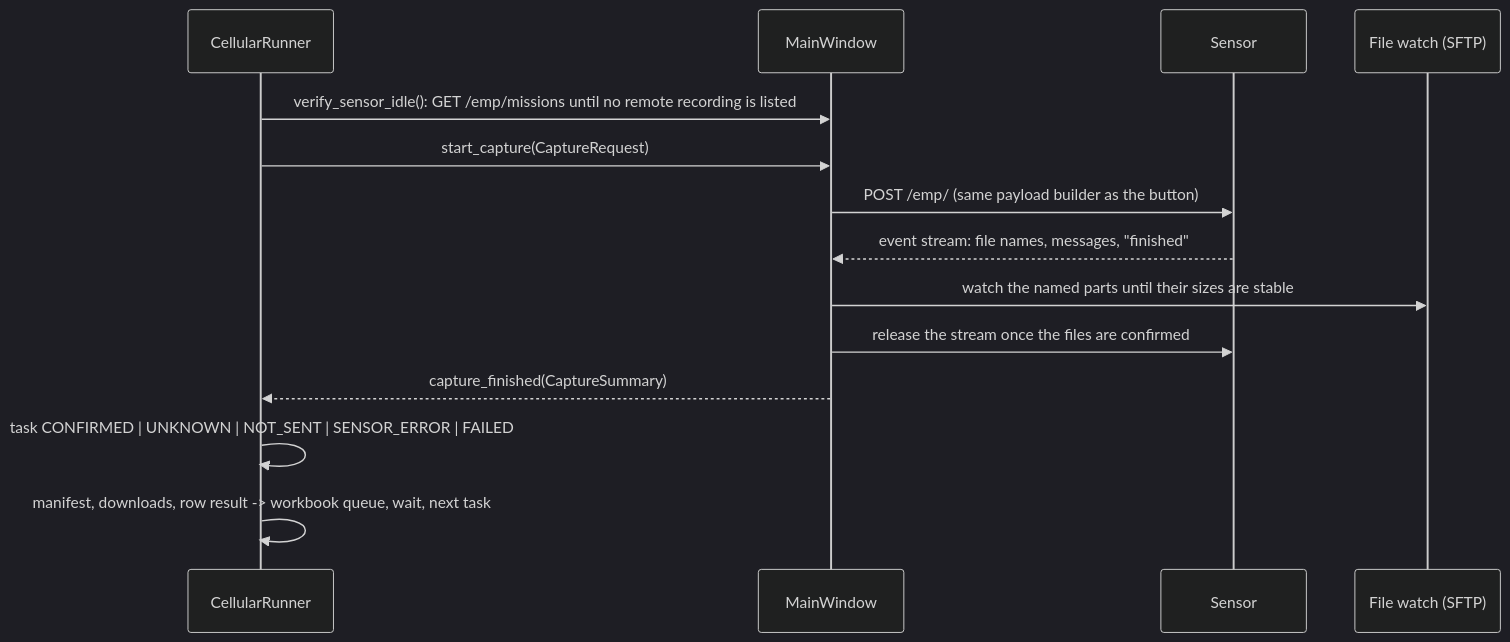
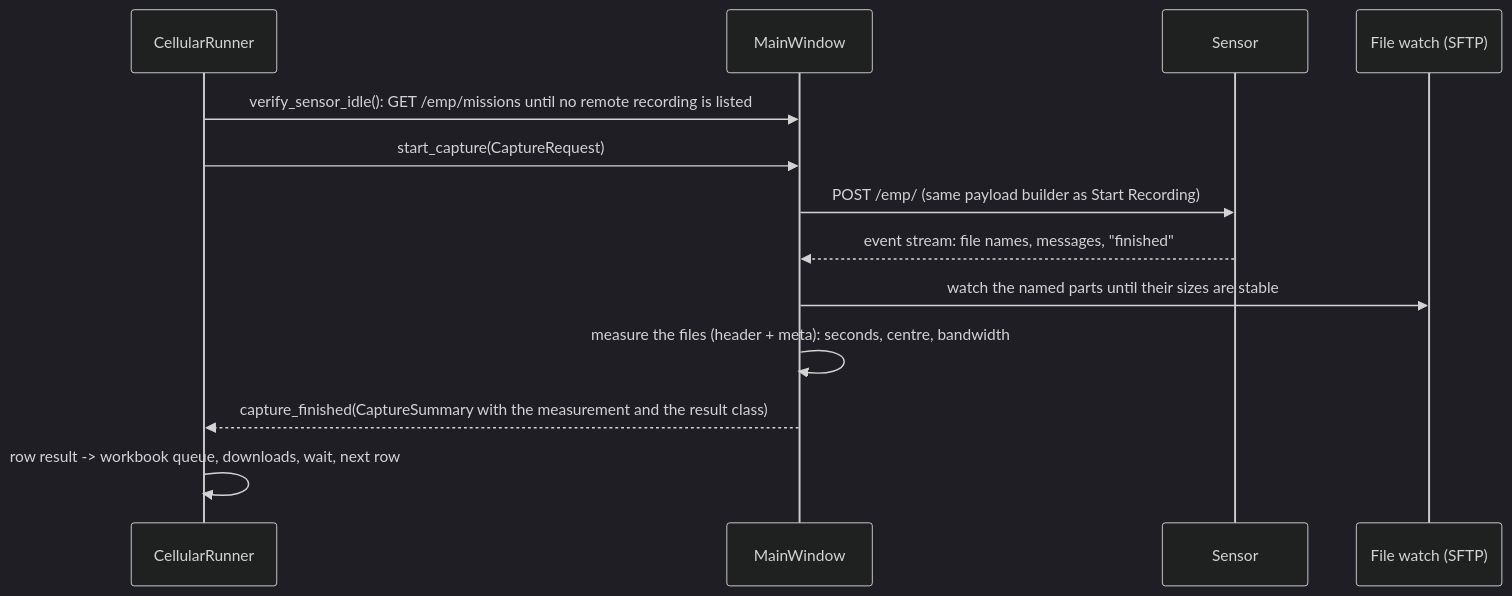
The diagram in crfs_iq_recorder/docs/CELLULAR_COLLECTION.md (ItayHararii/iq-spectrogram-converter), drawn with Mermaid (dark theme) before and after one commit. The commit also changed other lines of this file and 49 other files, not shown here.

````diff
--- a/crfs_iq_recorder/docs/CELLULAR_COLLECTION.md
+++ b/crfs_iq_recorder/docs/CELLULAR_COLLECTION.md
@@ -31,16 +34,15 @@
 ```mermaid
 sequenceDiagram
   participant R as CellularRunner
   participant W as MainWindow
   participant N as Sensor
   participant F as File watch (SFTP)
   R->>W: verify_sensor_idle(): GET /emp/missions until no remote recording is listed
   R->>W: start_capture(CaptureRequest)
-  W->>N: POST /emp/ (same payload builder as the button)
+  W->>N: POST /emp/ (same payload builder as Start Recording)
   N-->>W: event stream: file names, messages, "finished"
   W->>F: watch the named parts until their sizes are stable
-  W->>N: release the stream once the files are confirmed
-  W-->>R: capture_finished(CaptureSummary)
-  R->>R: task CONFIRMED | UNKNOWN | NOT_SENT | SENSOR_ERROR | FAILED
-  R->>R: manifest, downloads, row result -> workbook queue, wait, next task
+  W->>W: measure the files (header + meta): seconds, centre, bandwidth
+  W-->>R: capture_finished(CaptureSummary with the measurement and the result class)
+  R->>R: row result -> workbook queue, downloads, wait, next row
 ```
````
